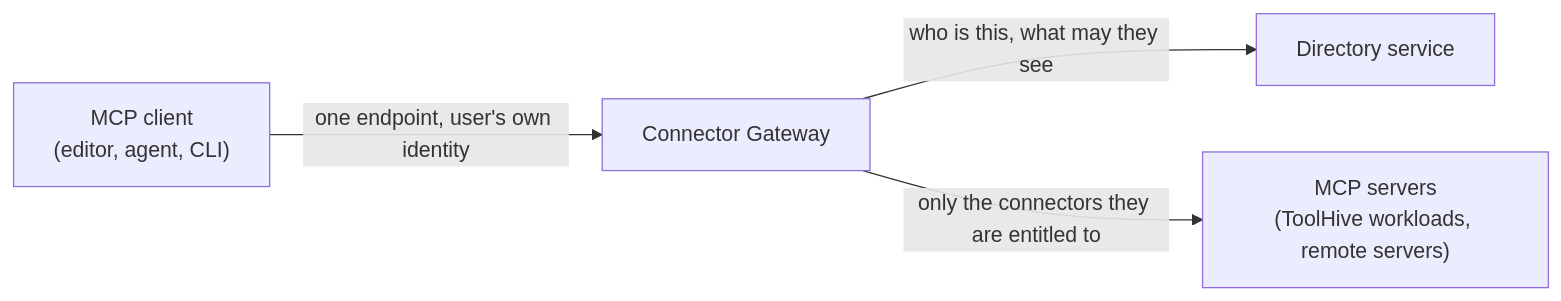
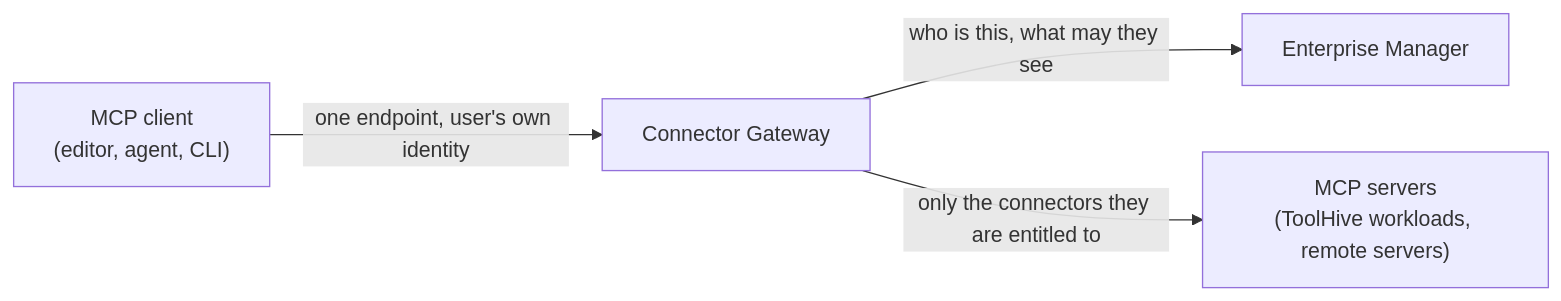
One commit to stacklok/docs-website changed the diagram in docs/platform/enterprise-platform/configure-connector-gateway.mdx. Above: the diagram before and after it, drawn with Mermaid. The commit also changed other lines of this file and 5 other files, not shown here.

````diff
--- a/docs/platform/enterprise-platform/configure-connector-gateway.mdx
+++ b/docs/platform/enterprise-platform/configure-connector-gateway.mdx
@@ -60,11 +292,11 @@
 ```mermaid
 flowchart LR
   Client["MCP client<br/>(editor, agent, CLI)"]
   MCPGW["Connector Gateway"]
-  Dir["Directory service"]
+  Dir["Enterprise Manager"]
   Backends["MCP servers<br/>(ToolHive workloads, remote servers)"]
 
   Client -->|"one endpoint, user's own identity"| MCPGW
   MCPGW -->|"who is this, what may they see"| Dir
   MCPGW -->|"only the connectors they are entitled to"| Backends
 ```
````
